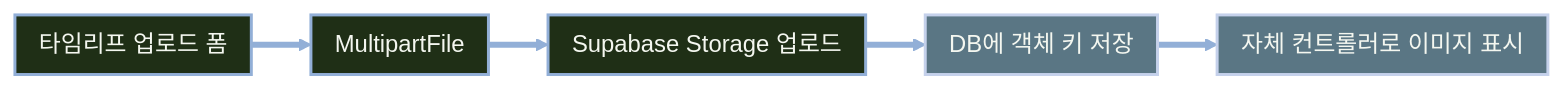
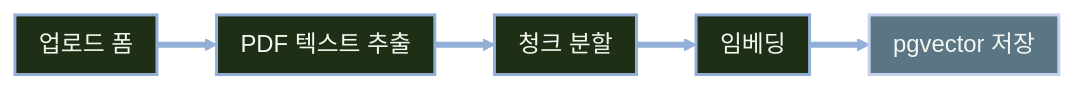
The first of 4 diagrams in slides.md (qus0in/slide-maker), drawn with Mermaid before and after one commit. The commit also changed other lines of this file, not shown here.

````diff
--- a/slides.md
+++ b/slides.md
@@ -106,24 +154,24 @@
 ```mermaid
 ---
 config:
   themeVariables:
     lineColor: "#92AFD7"
     arrowheadColor: "#92AFD7"
     edgeLabelBackground: "#1F2F16"
   flowchart:
     padding: 8
     nodeSpacing: 40
     rankSpacing: 40
 ---
 flowchart LR
-  A["타임리프 업로드 폼"] --> B["MultipartFile"]
-  B --> C["Supabase Storage 업로드"]
-  C --> D["DB에 객체 키 저장"]
-  D --> E["자체 컨트롤러로 이미지 표시"]
+  A["업로드 폼"] --> B["PDF 텍스트 추출"]
+  B --> C["청크 분할"]
+  C --> D["임베딩"]
+  D --> E["pgvector 저장"]
 
-  class A,B,C step
-  class D,E result
+  class A,B,C,D step
+  class E result
   classDef step fill:#1F2F16,stroke:#92AFD7,color:#F4F7F0,stroke-width:2px
   classDef result fill:#5A7684,stroke:#C5D1EB,color:#F4F7F0,stroke-width:2px
   linkStyle default stroke:#92AFD7,stroke-width:4px
 ```
````
